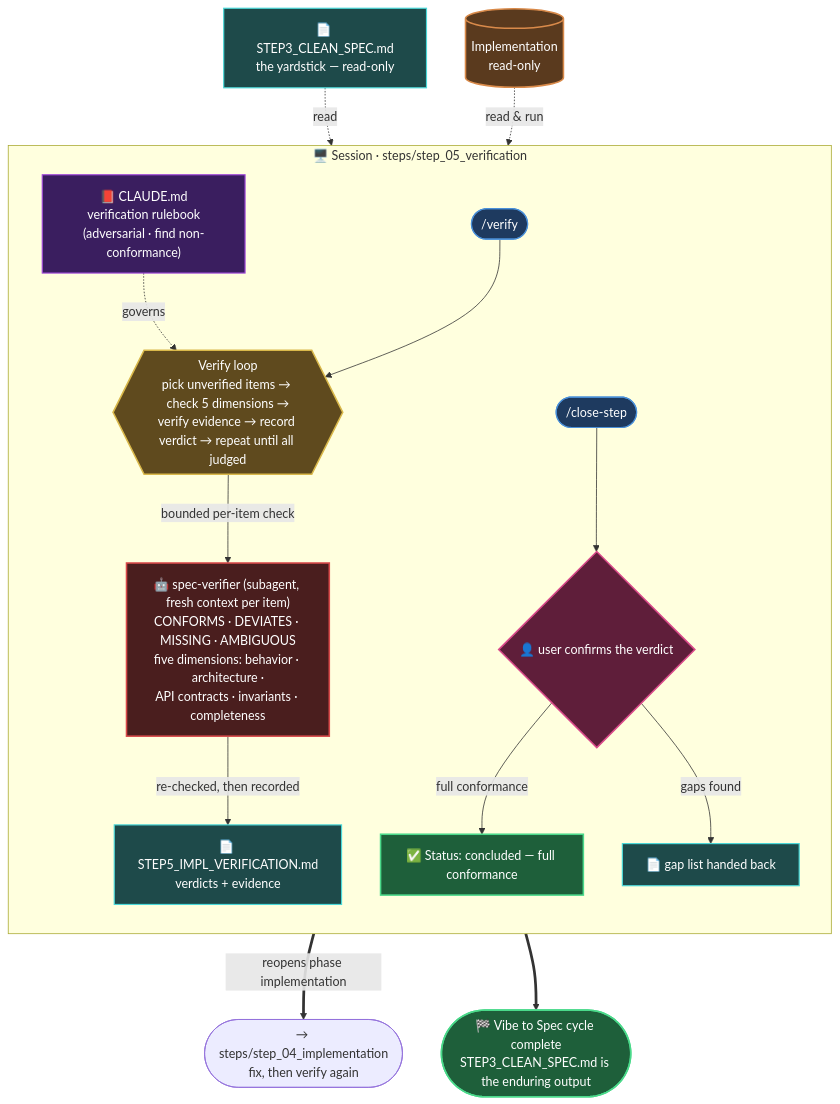
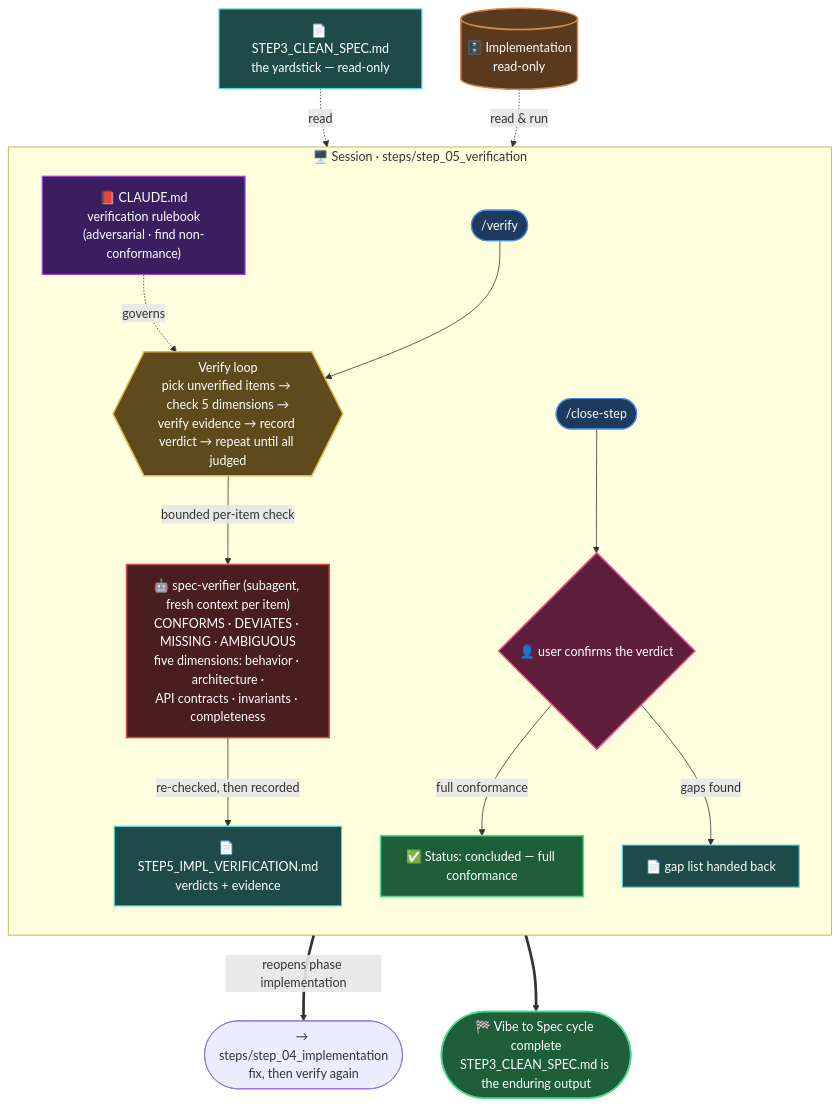
One commit to jeromeetienne/vibe_to_spec changed the sixth of 6 diagrams in docs/global_workflow.md. Above: the diagram before and after it, drawn with Mermaid. The commit also changed other lines of this file and 6 other files, not shown here.

First line of the commit message:
Apply global_workflow.md legend's symbols to all repo diagrams

````diff
--- a/docs/global_workflow.md
+++ b/docs/global_workflow.md
@@ -283,46 +283,46 @@
 ```mermaid
 flowchart TD
     In5a["📄 STEP3_CLEAN_SPEC.md<br/>the yardstick — read-only"]
-    In5b[("Implementation<br/>read-only")]
+    In5b[("🗄️ Implementation<br/>read-only")]
 
     subgraph S5["🖥️ Session · steps/step_05_verification"]
         direction TB
         R5["📕 CLAUDE.md<br/>verification rulebook<br/>(adversarial · find non-conformance)"]
         Cmd5a(["/verify"])
         Cmd5b(["/close-step"])
 
         Loop5{{"Verify loop<br/>pick unverified items → check 5 dimensions →<br/>verify evidence → record verdict → repeat until all judged"}}
         Verifier5["🤖 spec-verifier (subagent, fresh context per item)<br/>CONFORMS · DEVIATES · MISSING · AMBIGUOUS<br/>five dimensions: behavior · architecture ·<br/>API contracts · invariants · completeness"]
 
         R5 -.governs.-> Loop5
         Cmd5a --> Loop5
         Loop5 -->|"bounded per-item check"| Verifier5
         Verifier5 -->|"re-checked, then recorded"| Report5["📄 STEP5_IMPL_VERIFICATION.md<br/>verdicts + evidence"]
 
         Cmd5b --> Gate5{"👤 user confirms the verdict"}
         Gate5 -->|"full conformance"| Done5["✅ Status: concluded — full conformance"]
         Gate5 -->|"gaps found"| HandBack["📄 gap list handed back"]
     end
 
     In5a -.->|read| Loop5
     In5b -.->|read & run| Loop5
     HandBack ==>|"reopens phase implementation"| Back5(["→ steps/step_04_implementation<br/>fix, then verify again"])
     Done5 ==> Complete(["🏁 Vibe to Spec cycle complete<br/>STEP3_CLEAN_SPEC.md is the enduring output"])
 
     classDef rule fill:#3a1e5f,stroke:#a04ad9,stroke-width:1.5px,color:#fff;
     classDef cmd fill:#1e3a5f,stroke:#4a90d9,stroke-width:1.5px,color:#fff;
     classDef loop fill:#5f4a1e,stroke:#d9b84a,stroke-width:2px,color:#fff;
     classDef rec fill:#1e4a4a,stroke:#4ad9d9,stroke-width:1.5px,color:#fff;
     classDef gate fill:#5f1e3a,stroke:#d94a8a,stroke-width:2px,color:#fff;
     classDef critic fill:#4a1e1e,stroke:#d94a4a,stroke-width:2px,color:#fff;
     classDef code fill:#5a3a1e,stroke:#d98a4a,stroke-width:2px,color:#fff;
     classDef done fill:#1e5f3a,stroke:#4ad98a,stroke-width:2px,color:#fff;
     class R5 rule;
     class Cmd5a,Cmd5b cmd;
     class Loop5 loop;
     class Report5,HandBack,In5a rec;
     class Gate5 gate;
     class Verifier5 critic;
     class In5b code;
     class Done5,Complete done;
 ```
````
